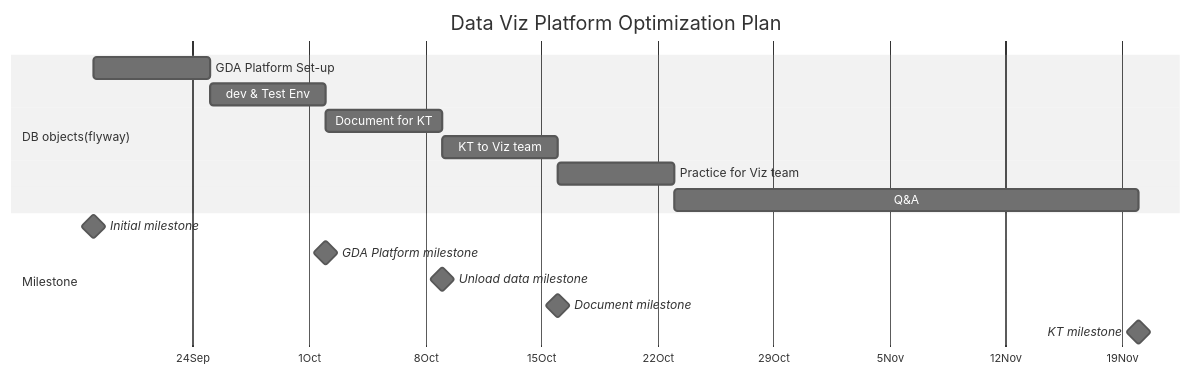
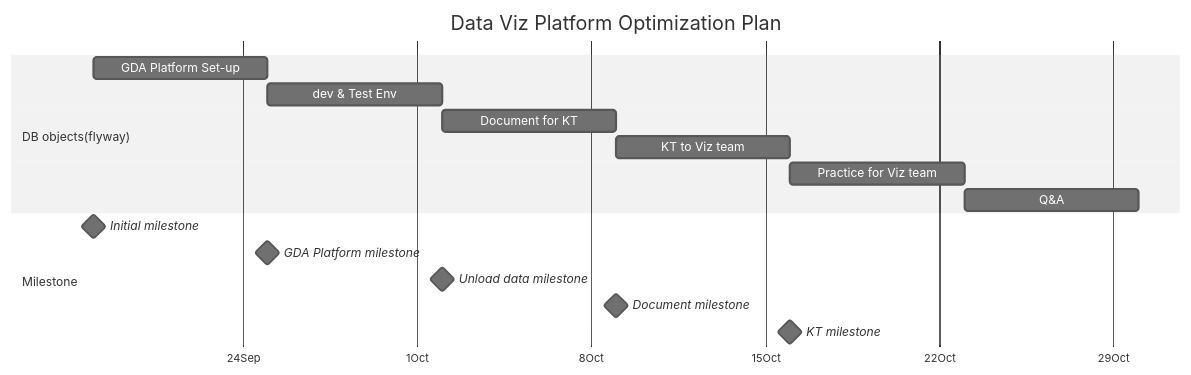
The diagram in Plan.md (Jamesxuxiao/plan), drawn with Mermaid (neutral theme) before and after one commit.

````diff
--- a/Plan.md
+++ b/Plan.md
@@ -6,28 +6,28 @@
 ```mermaid
 gantt
     dateFormat  YYYY-MM-DD
     title       Data Viz Platform Optimization Plan
     axisFormat %e%b
     todayMarker on
     %%excludes    weekends
     tickInterval 1week
     %% (`excludes` accepts specific dates in YYYY-MM-DD format, days of the week ("sunday") or "weekends", but not the word "weekdays".)
 
 
     section A ridiculously <br> long section <br> name
 
     section DB objects(flyway)
     GDA Platform Set-up         :    des11, after m0, 1w
     dev & Test Env              :    des12, after des11, 1w
     Document for KT             :    des13, after des12, 1w
     KT to Viz team              :    des14, after des13, 1w
     Practice for Viz team       :    des15, after des14, 1w
-    Q&A                         :    des16, after des15, 4w
+    Q&A                         :    des16, after des15, 1w
 
     section Milestone
     Initial milestone           : milestone, m0, 2023-09-18,2min
-    GDA Platform milestone      : milestone, m1, after des12, 2min
-    Unload data milestone       : milestone, m2, after des13, 2min
-    Document milestone          : milestone, m3, after des14, 2min
-    KT milestone                : milestone, m5, after des16, 2min
+    GDA Platform milestone      : milestone, m1, after des11, 2min
+    Unload data milestone       : milestone, m2, after des12, 2min
+    Document milestone          : milestone, m3, after des13, 2min
+    KT milestone                : milestone, m5, after des14, 2min
 ```
````
